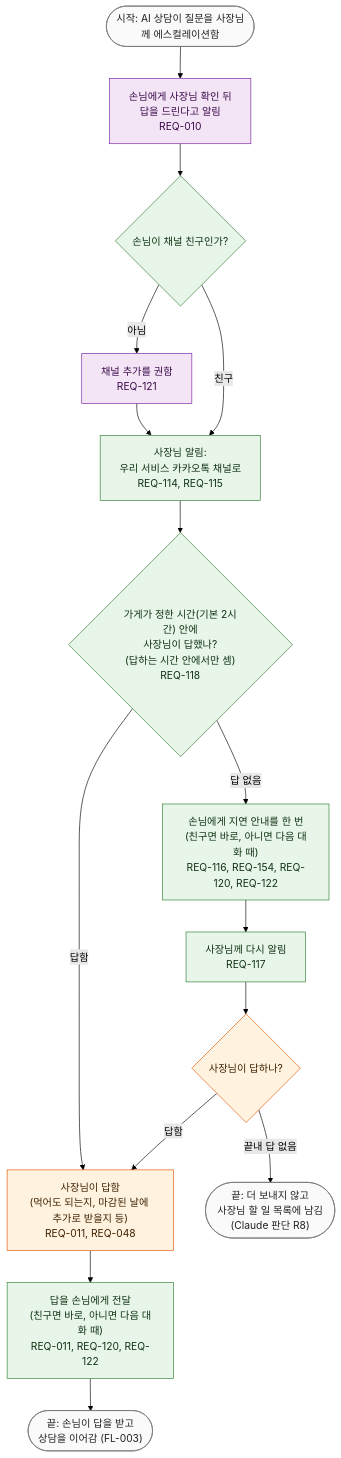
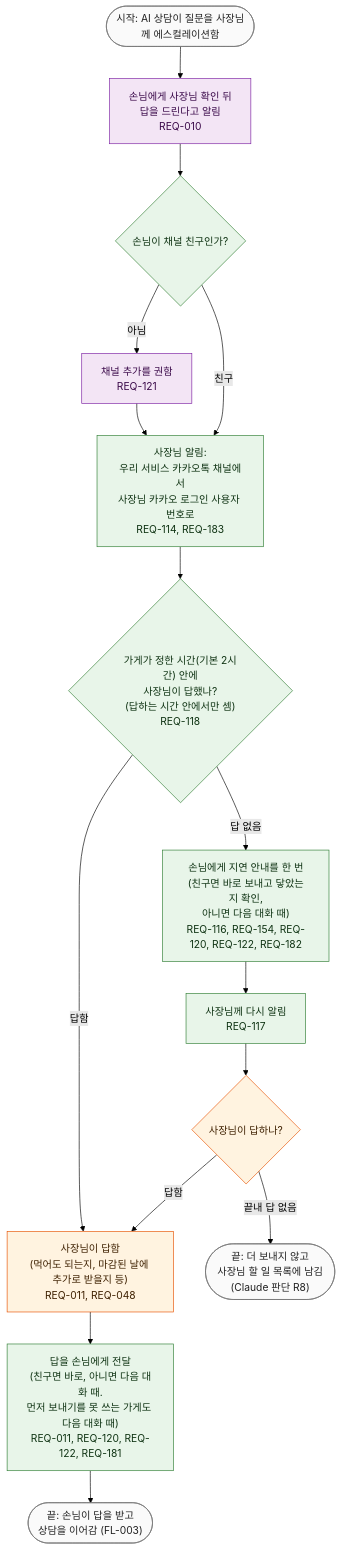
Before and after one commit to kodonghui/siljang.ai: the diagram in docs/03-user-flow/FL-005-handed-off-question.md, drawn with Mermaid (forest theme). The commit also changed other lines of this file and 52 other files, not shown here.

````diff
--- a/docs/03-user-flow/FL-005-handed-off-question.md
+++ b/docs/03-user-flow/FL-005-handed-off-question.md
@@ -20,35 +20,35 @@
 ```mermaid
 flowchart TD
   S(["시작: AI 상담이 질문을 사장님께 에스컬레이션함"])
   H1["손님에게 사장님 확인 뒤<br/>답을 드린다고 알림<br/>REQ-010"]
   D1{"손님이 채널 친구인가?"}
   H2["채널 추가를 권함<br/>REQ-121"]
-  H3["사장님 알림:<br/>우리 서비스 카카오톡 채널로<br/>REQ-114, REQ-115"]
+  H3["사장님 알림:<br/>우리 서비스 카카오톡 채널에서<br/>사장님 카카오 로그인 사용자 번호로<br/>REQ-114, REQ-183"]
   D2{"가게가 정한 시간(기본 2시간) 안에<br/>사장님이 답했나?<br/>(답하는 시간 안에서만 셈)<br/>REQ-118"}
-  H4["손님에게 지연 안내를 한 번<br/>(친구면 바로, 아니면 다음 대화 때)<br/>REQ-116, REQ-154, REQ-120, REQ-122"]
+  H4["손님에게 지연 안내를 한 번<br/>(친구면 바로 보내고 닿았는지 확인,<br/>아니면 다음 대화 때)<br/>REQ-116, REQ-154, REQ-120, REQ-122, REQ-182"]
   H5["사장님께 다시 알림<br/>REQ-117"]
   D3{"사장님이 답하나?"}
   E0(["끝: 더 보내지 않고<br/>사장님 할 일 목록에 남김<br/>(Claude 판단 R8)"])
   H6["사장님이 답함<br/>(먹어도 되는지, 마감된 날에 추가로 받을지 등)<br/>REQ-011, REQ-048"]
-  H7["답을 손님에게 전달<br/>(친구면 바로, 아니면 다음 대화 때)<br/>REQ-011, REQ-120, REQ-122"]
+  H7["답을 손님에게 전달<br/>(친구면 바로, 아니면 다음 대화 때.<br/>먼저 보내기를 못 쓰는 가게도 다음 대화 때)<br/>REQ-011, REQ-120, REQ-122, REQ-181"]
   E1(["끝: 손님이 답을 받고<br/>상담을 이어감 (FL-003)"])
 
   S --> H1 --> D1
   D1 -->|"아님"| H2 --> H3
   D1 -->|"친구"| H3
   H3 --> D2
   D2 -->|"답함"| H6
   D2 -->|"답 없음"| H4 --> H5 --> D3
   D3 -->|"답함"| H6
   D3 -->|"끝내 답 없음"| E0
   H6 --> H7 --> E1
 
   classDef owner fill:#fff3e0,stroke:#e65100,color:#3e2000
   classDef ai fill:#f3e5f5,stroke:#7b1fa2,color:#3b0a4a
   classDef svc fill:#e8f5e9,stroke:#2e7d32,color:#0f3313
   classDef term fill:#fafafa,stroke:#757575,color:#212121
   class D3,H6 owner
   class H1,H2 ai
   class D1,H3,D2,H4,H5,H7 svc
   class S,E0,E1 term
 ```
````
